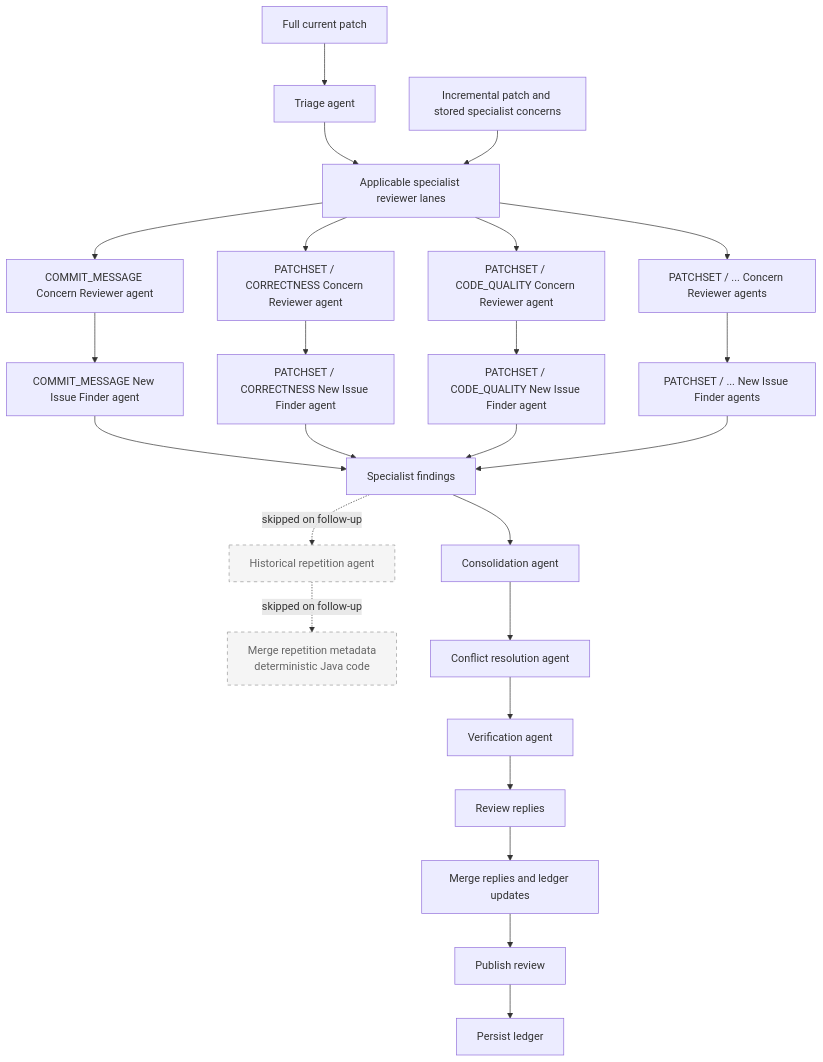
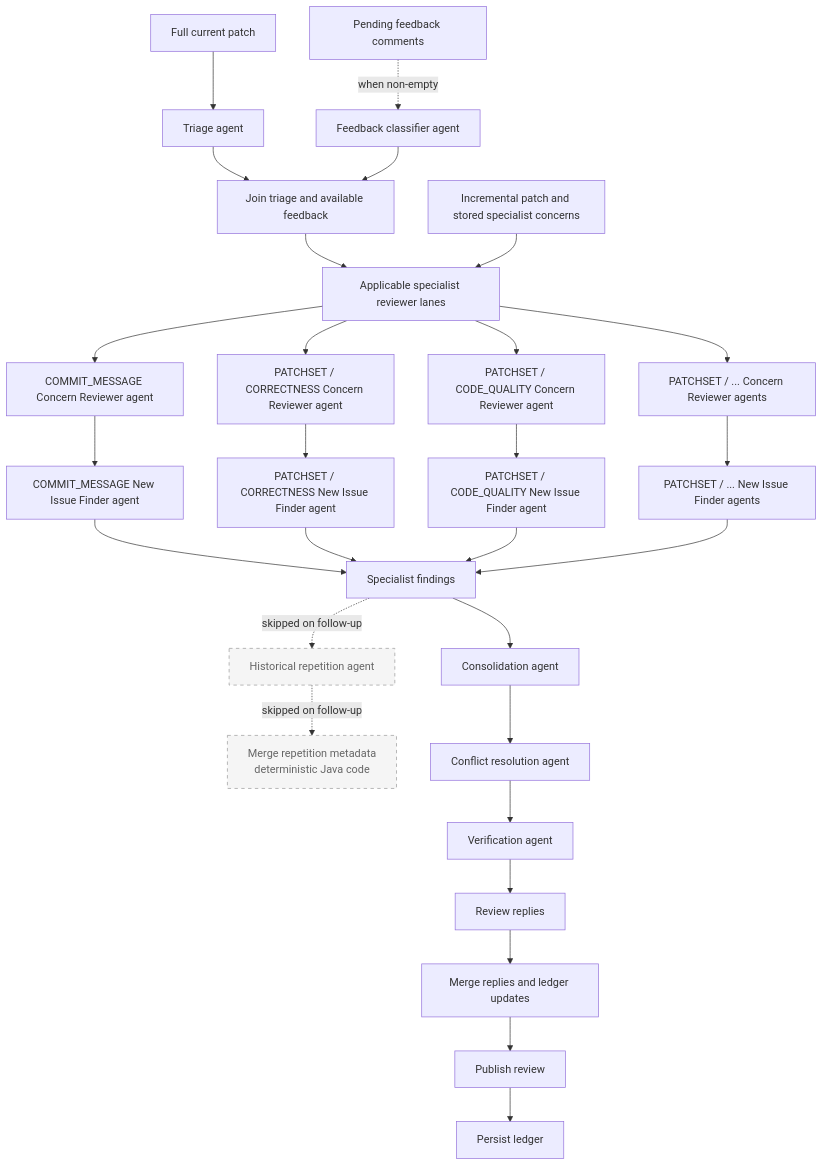
One commit to amarula/reviewai-gerrit-plugin changed the eighth of 8 diagrams in docs/agent-architecture.md. Above: the diagram before and after it, drawn with Mermaid. The commit also changed other lines of this file, not shown here.

````diff
--- a/docs/agent-architecture.md
+++ b/docs/agent-architecture.md
@@ -365,29 +431,32 @@
 ```mermaid
 flowchart TD
     A[Full current patch] --> B[Triage agent]
-    B --> C[Applicable specialist reviewer lanes]
+    R[Pending feedback comments] -. when non-empty .-> X[Feedback classifier agent]
+    B --> Q[Join triage and available feedback]
+    X --> Q
+    Q --> C[Applicable specialist reviewer lanes]
     L[Incremental patch and stored specialist concerns] --> C
     C --> D1[COMMIT_MESSAGE Concern Reviewer agent]
     D1 --> E1[COMMIT_MESSAGE New Issue Finder agent]
     C --> D2[PATCHSET / CORRECTNESS Concern Reviewer agent]
     D2 --> E2[PATCHSET / CORRECTNESS New Issue Finder agent]
     C --> D3[PATCHSET / CODE_QUALITY Concern Reviewer agent]
     D3 --> E3[PATCHSET / CODE_QUALITY New Issue Finder agent]
     C --> D4[PATCHSET / ... Concern Reviewer agents]
     D4 --> E4[PATCHSET / ... New Issue Finder agents]
     E1 --> E[Specialist findings]
     E2 --> E
     E3 --> E
     E4 --> E
     E --> F[Consolidation agent]
     E -. skipped on follow-up .-> G[Historical repetition agent]
     G -. skipped on follow-up .-> H[Merge repetition metadata<br/>deterministic Java code]
     F --> I[Conflict resolution agent]
     I --> J[Verification agent]
     J --> K[Review replies]
     K --> M[Merge replies and ledger updates]
     M --> N[Publish review]
     N --> O[Persist ledger]
     classDef skipped fill:#f5f5f5,stroke:#999,stroke-dasharray:5 5,color:#666;
     class G,H skipped;
 ```
````
